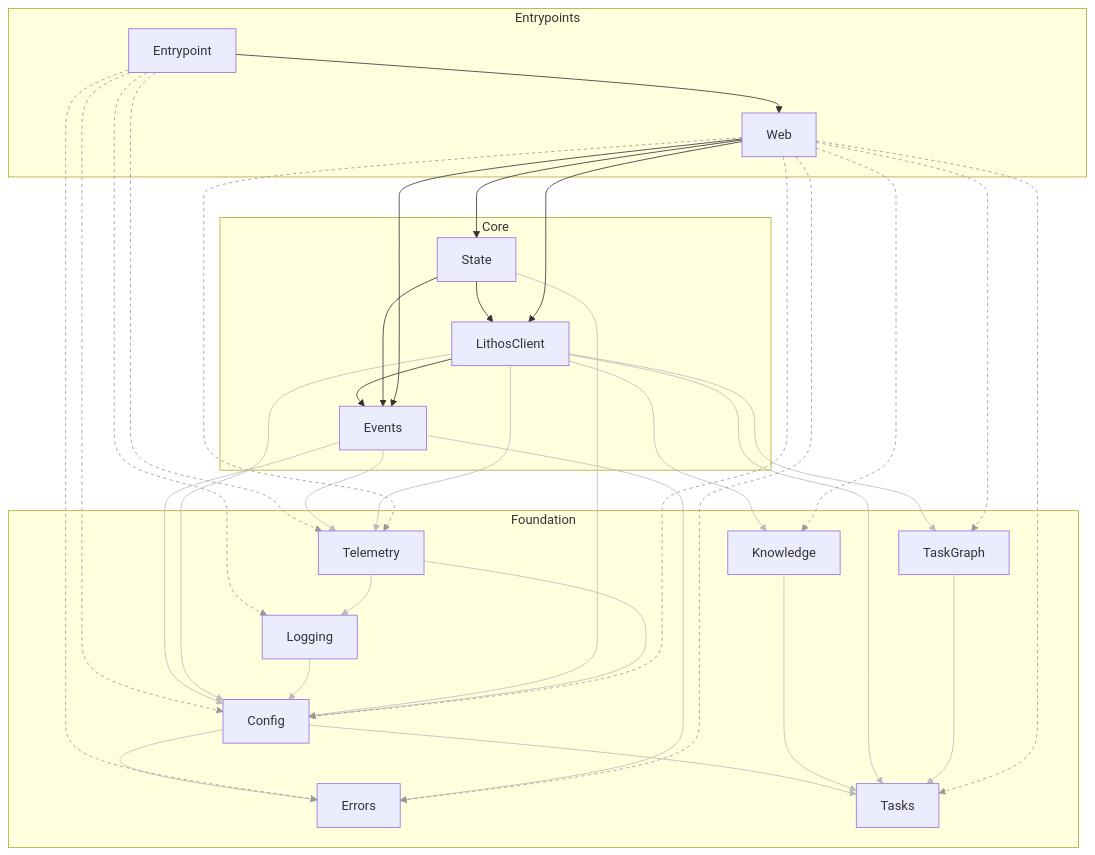
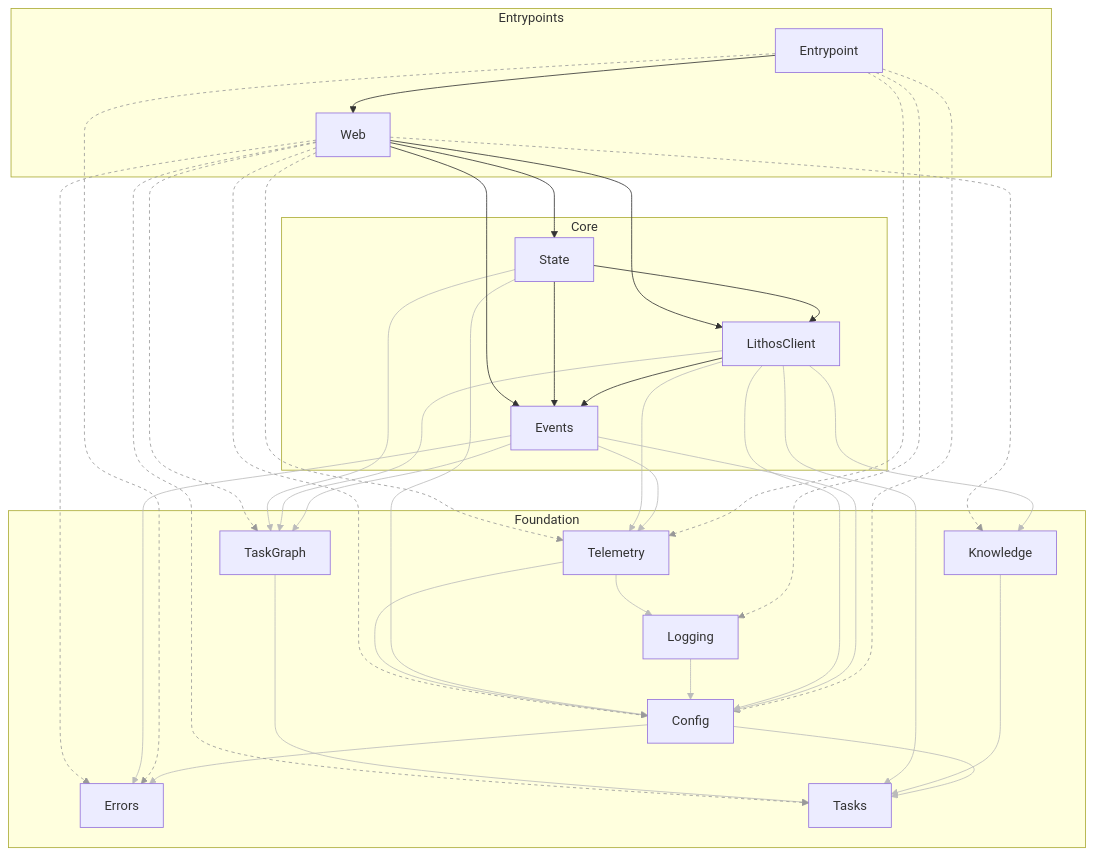
One commit to agent-lore/lithos-lens changed the diagram in docs/generated/architecture.md. Above: the diagram before and after it, drawn with Mermaid. The commit also changed 35 other files, not shown here.

````diff
--- a/docs/generated/architecture.md
+++ b/docs/generated/architecture.md
@@ -44,6 +44,7 @@
   Entrypoint --> Web
   Events --> Config
   Events --> Errors
+  Events --> TaskGraph
   Events --> Telemetry
   Knowledge --> Tasks
   LithosClient --> Config
@@ -56,6 +57,7 @@
   State --> Config
   State --> Events
   State --> LithosClient
+  State --> TaskGraph
   TaskGraph --> Tasks
   Telemetry --> Config
   Telemetry --> Logging
@@ -79,19 +81,21 @@
   linkStyle 9 stroke:#bbb
   linkStyle 10 stroke:#bbb
   linkStyle 11 stroke:#bbb
-  linkStyle 13 stroke:#bbb
+  linkStyle 12 stroke:#bbb
   linkStyle 14 stroke:#bbb
   linkStyle 15 stroke:#bbb
   linkStyle 16 stroke:#bbb
   linkStyle 17 stroke:#bbb
   linkStyle 18 stroke:#bbb
-  linkStyle 21 stroke:#bbb
+  linkStyle 19 stroke:#bbb
   linkStyle 22 stroke:#bbb
   linkStyle 23 stroke:#bbb
-  linkStyle 24 stroke:#999,stroke-dasharray:4
-  linkStyle 25 stroke:#999,stroke-dasharray:4
+  linkStyle 24 stroke:#bbb
+  linkStyle 25 stroke:#bbb
+  linkStyle 26 stroke:#999,stroke-dasharray:4
   linkStyle 27 stroke:#999,stroke-dasharray:4
-  linkStyle 30 stroke:#999,stroke-dasharray:4
-  linkStyle 31 stroke:#999,stroke-dasharray:4
+  linkStyle 29 stroke:#999,stroke-dasharray:4
   linkStyle 32 stroke:#999,stroke-dasharray:4
+  linkStyle 33 stroke:#999,stroke-dasharray:4
+  linkStyle 34 stroke:#999,stroke-dasharray:4
 ```
````
